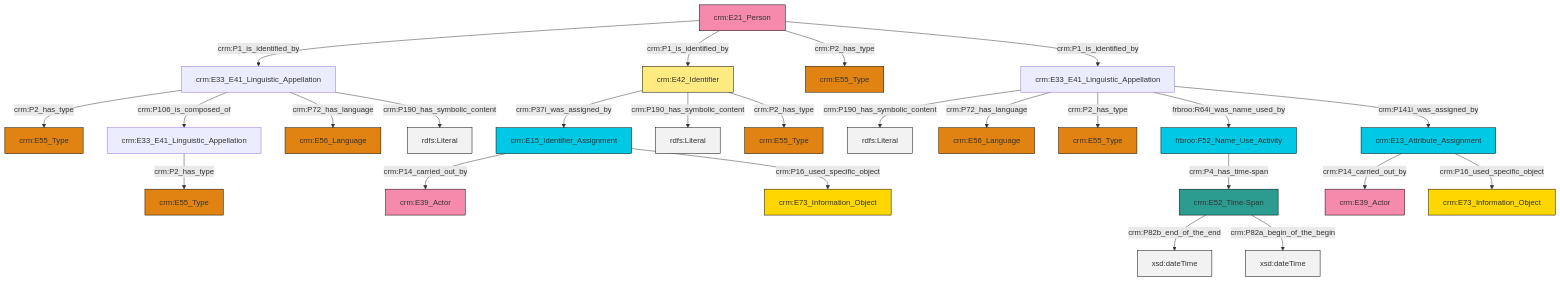
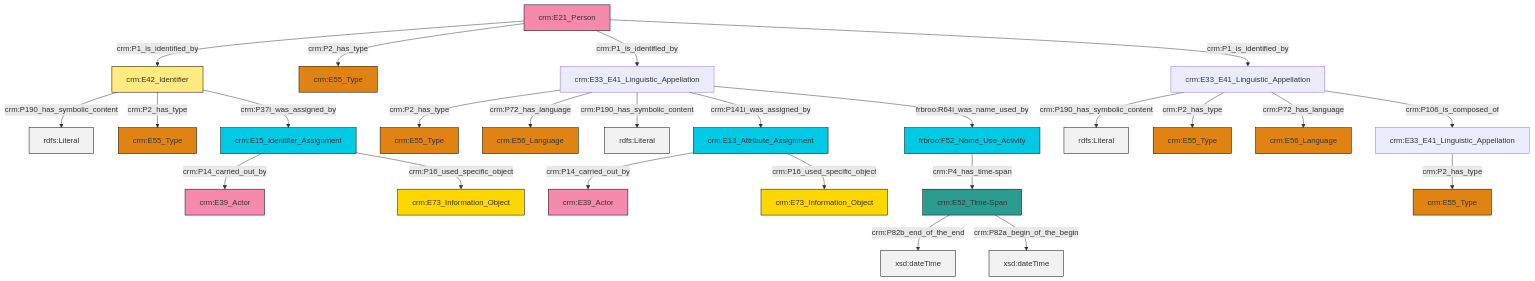
One commit to swiss-art-research-net/reference-data-models changed the diagram in et/personCSV/ttl/mmd/Person_Names_and_Classification.ttl.mmd. Above: the diagram before and after it, drawn with Mermaid. The commit also changed 165 other files, not shown here.

```diff
--- a/et/personCSV/ttl/mmd/Person_Names_and_Classification.ttl.mmd
+++ b/et/personCSV/ttl/mmd/Person_Names_and_Classification.ttl.mmd
@@ -1,39 +1,39 @@
 graph TD
 classDef Literal fill:#f2f2f2,stroke:#000000;
 classDef CRM_Entity fill:#FFFFFF,stroke:#000000;
 classDef Temporal_Entity fill:#00C9E6, stroke:#000000;
 classDef Type fill:#E18312, stroke:#000000;
 classDef Time-Span fill:#2C9C91, stroke:#000000;
 classDef Appellation fill:#FFEB7F, stroke:#000000;
 classDef Place fill:#008836, stroke:#000000;
 classDef Persistent_Item fill:#B266B2, stroke:#000000;
 classDef Conceptual_Object fill:#FFD700, stroke:#000000;
 classDef Physical_Thing fill:#D2B48C, stroke:#000000;
 classDef Actor fill:#f58aad, stroke:#000000;
 classDef PC_Classes fill:#4ce600, stroke:#000000;
 classDef Multi fill:#cccccc,stroke:#000000;
 
-0["crm:E33_E41_Linguistic_Appellation"]:::Default -->|crm:P190_has_symbolic_content| 1[rdfs:Literal]:::Literal
-2["crm:E33_E41_Linguistic_Appellation"]:::Default -->|crm:P2_has_type| 3["crm:E55_Type"]:::Type
-2["crm:E33_E41_Linguistic_Appellation"]:::Default -->|crm:P106_is_composed_of| 4["crm:E33_E41_Linguistic_Appellation"]:::Default
-0["crm:E33_E41_Linguistic_Appellation"]:::Default -->|crm:P72_has_language| 5["crm:E56_Language"]:::Type
-6["crm:E21_Person"]:::Actor -->|crm:P1_is_identified_by| 2["crm:E33_E41_Linguistic_Appellation"]:::Default
-7["crm:E42_Identifier"]:::Appellation -->|crm:P37i_was_assigned_by| 8["crm:E15_Identifier_Assignment"]:::Temporal_Entity
-8["crm:E15_Identifier_Assignment"]:::Temporal_Entity -->|crm:P14_carried_out_by| 9["crm:E39_Actor"]:::Actor
-10["crm:E13_Attribute_Assignment"]:::Temporal_Entity -->|crm:P14_carried_out_by| 11["crm:E39_Actor"]:::Actor
-2["crm:E33_E41_Linguistic_Appellation"]:::Default -->|crm:P72_has_language| 12["crm:E56_Language"]:::Type
-10["crm:E13_Attribute_Assignment"]:::Temporal_Entity -->|crm:P16_used_specific_object| 15["crm:E73_Information_Object"]:::Conceptual_Object
-17["crm:E52_Time-Span"]:::Time-Span -->|crm:P82b_end_of_the_end| 18[xsd:dateTime]:::Literal
-22["frbroo:F52_Name_Use_Activity"]:::Temporal_Entity -->|crm:P4_has_time-span| 17["crm:E52_Time-Span"]:::Time-Span
-7["crm:E42_Identifier"]:::Appellation -->|crm:P190_has_symbolic_content| 24[rdfs:Literal]:::Literal
-0["crm:E33_E41_Linguistic_Appellation"]:::Default -->|crm:P2_has_type| 27["crm:E55_Type"]:::Type
-6["crm:E21_Person"]:::Actor -->|crm:P1_is_identified_by| 7["crm:E42_Identifier"]:::Appellation
-8["crm:E15_Identifier_Assignment"]:::Temporal_Entity -->|crm:P16_used_specific_object| 30["crm:E73_Information_Object"]:::Conceptual_Object
-6["crm:E21_Person"]:::Actor -->|crm:P2_has_type| 31["crm:E55_Type"]:::Type
-7["crm:E42_Identifier"]:::Appellation -->|crm:P2_has_type| 37["crm:E55_Type"]:::Type
-6["crm:E21_Person"]:::Actor -->|crm:P1_is_identified_by| 0["crm:E33_E41_Linguistic_Appellation"]:::Default
-17["crm:E52_Time-Span"]:::Time-Span -->|crm:P82a_begin_of_the_begin| 42[xsd:dateTime]:::Literal
-0["crm:E33_E41_Linguistic_Appellation"]:::Default -->|frbroo:R64i_was_name_used_by| 22["frbroo:F52_Name_Use_Activity"]:::Temporal_Entity
-0["crm:E33_E41_Linguistic_Appellation"]:::Default -->|crm:P141i_was_assigned_by| 10["crm:E13_Attribute_Assignment"]:::Temporal_Entity
-2["crm:E33_E41_Linguistic_Appellation"]:::Default -->|crm:P190_has_symbolic_content| 46[rdfs:Literal]:::Literal
-4["crm:E33_E41_Linguistic_Appellation"]:::Default -->|crm:P2_has_type| 19["crm:E55_Type"]:::Type
+0["crm:E42_Identifier"]:::Appellation -->|crm:P190_has_symbolic_content| 1[rdfs:Literal]:::Literal
+2["crm:E13_Attribute_Assignment"]:::Temporal_Entity -->|crm:P14_carried_out_by| 3["crm:E39_Actor"]:::Actor
+4["crm:E21_Person"]:::Actor -->|crm:P1_is_identified_by| 0["crm:E42_Identifier"]:::Appellation
+11["crm:E33_E41_Linguistic_Appellation"]:::Default -->|crm:P190_has_symbolic_content| 12[rdfs:Literal]:::Literal
+11["crm:E33_E41_Linguistic_Appellation"]:::Default -->|crm:P2_has_type| 14["crm:E55_Type"]:::Type
+2["crm:E13_Attribute_Assignment"]:::Temporal_Entity -->|crm:P16_used_specific_object| 18["crm:E73_Information_Object"]:::Conceptual_Object
+6["frbroo:F52_Name_Use_Activity"]:::Temporal_Entity -->|crm:P4_has_time-span| 19["crm:E52_Time-Span"]:::Time-Span
+22["crm:E33_E41_Linguistic_Appellation"]:::Default -->|crm:P2_has_type| 16["crm:E55_Type"]:::Type
+22["crm:E33_E41_Linguistic_Appellation"]:::Default -->|crm:P72_has_language| 23["crm:E56_Language"]:::Type
+22["crm:E33_E41_Linguistic_Appellation"]:::Default -->|crm:P190_has_symbolic_content| 24[rdfs:Literal]:::Literal
+28["crm:E15_Identifier_Assignment"]:::Temporal_Entity -->|crm:P14_carried_out_by| 29["crm:E39_Actor"]:::Actor
+22["crm:E33_E41_Linguistic_Appellation"]:::Default -->|crm:P141i_was_assigned_by| 2["crm:E13_Attribute_Assignment"]:::Temporal_Entity
+19["crm:E52_Time-Span"]:::Time-Span -->|crm:P82b_end_of_the_end| 31[xsd:dateTime]:::Literal
+9["crm:E33_E41_Linguistic_Appellation"]:::Default -->|crm:P2_has_type| 32["crm:E55_Type"]:::Type
+4["crm:E21_Person"]:::Actor -->|crm:P2_has_type| 33["crm:E55_Type"]:::Type
+22["crm:E33_E41_Linguistic_Appellation"]:::Default -->|frbroo:R64i_was_name_used_by| 6["frbroo:F52_Name_Use_Activity"]:::Temporal_Entity
+0["crm:E42_Identifier"]:::Appellation -->|crm:P2_has_type| 26["crm:E55_Type"]:::Type
+4["crm:E21_Person"]:::Actor -->|crm:P1_is_identified_by| 22["crm:E33_E41_Linguistic_Appellation"]:::Default
+28["crm:E15_Identifier_Assignment"]:::Temporal_Entity -->|crm:P16_used_specific_object| 35["crm:E73_Information_Object"]:::Conceptual_Object
+11["crm:E33_E41_Linguistic_Appellation"]:::Default -->|crm:P72_has_language| 37["crm:E56_Language"]:::Type
+4["crm:E21_Person"]:::Actor -->|crm:P1_is_identified_by| 11["crm:E33_E41_Linguistic_Appellation"]:::Default
+0["crm:E42_Identifier"]:::Appellation -->|crm:P37i_was_assigned_by| 28["crm:E15_Identifier_Assignment"]:::Temporal_Entity
+11["crm:E33_E41_Linguistic_Appellation"]:::Default -->|crm:P106_is_composed_of| 9["crm:E33_E41_Linguistic_Appellation"]:::Default
+19["crm:E52_Time-Span"]:::Time-Span -->|crm:P82a_begin_of_the_begin| 46[xsd:dateTime]:::Literal
```
